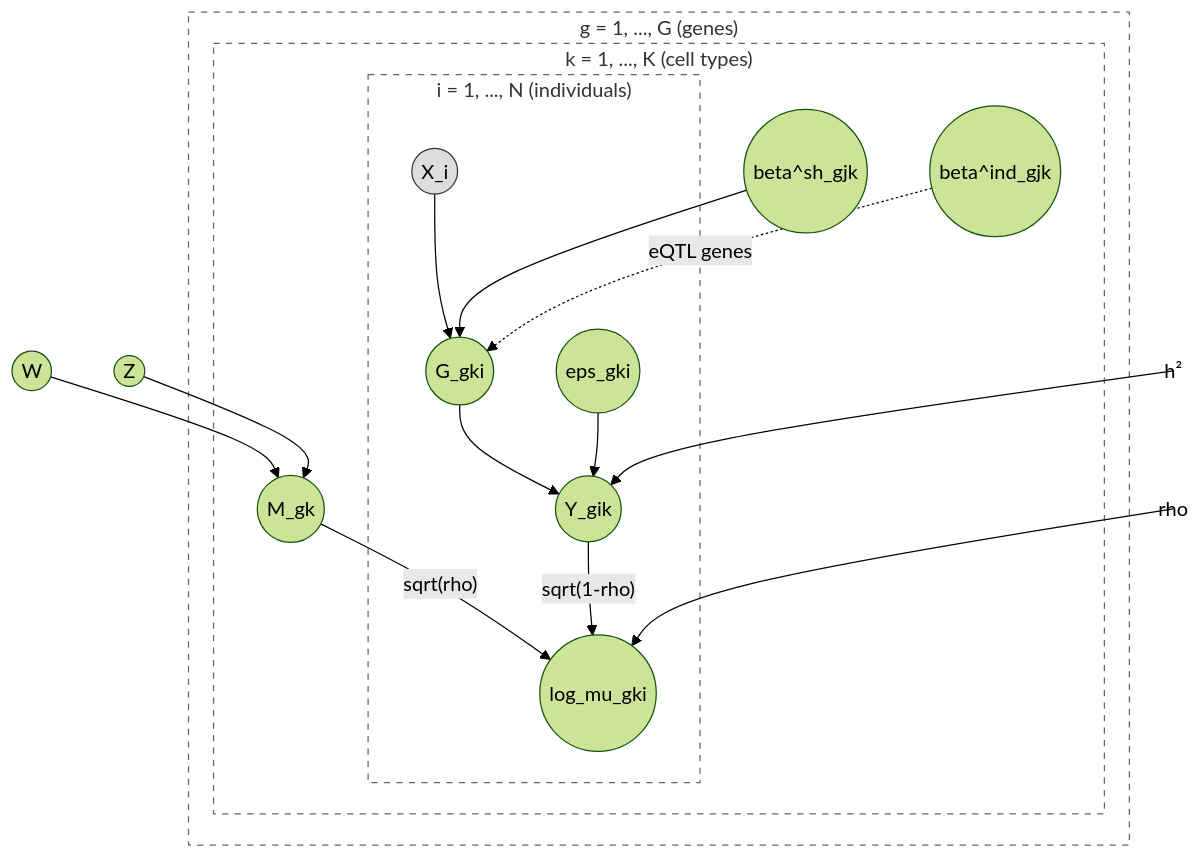
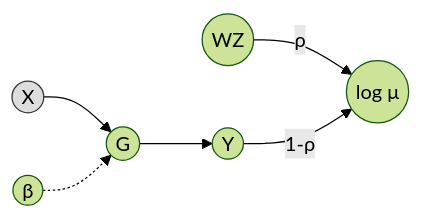
The first of 3 diagrams in fagioli/README.md (causalpathlab/legume-rs), drawn with Mermaid (forest theme) before and after one commit. The commit also changed other lines of this file and 1 other file, not shown here.

````diff
--- a/fagioli/README.md
+++ b/fagioli/README.md
@@ -37,38 +47,9 @@
 ```mermaid
-graph TD
-    W(("W")) --> M
-    Z_f(("Z")) --> M
-    h2(["h²"]):::hyper
-    rho(["rho"]):::hyper
-    classDef hyper fill:none,stroke:none
-
-    subgraph plate_g ["g = 1, ..., G (genes)"]
-        subgraph plate_k ["k = 1, ..., K (cell types)"]
-            M(("M_gk"))
-            beta_s(("beta^sh_gjk"))
-            beta_i(("beta^ind_gjk"))
-            subgraph plate_i ["i = 1, ..., N (individuals)"]
-                X(("X_i"))
-                G(("G_gki"))
-                eps(("eps_gki"))
-                Y(("Y_gik"))
-                log_mu(("log_mu_gki"))
-            end
-        end
-    end
-
-    M -->|"sqrt(rho)"| log_mu
-    X --> G
-    beta_s --> G
-    beta_i -.->|"eQTL genes"| G
-    G --> Y
-    eps --> Y
-    h2 --> Y
-    Y -->|"sqrt(1-rho)"| log_mu
-    rho --> log_mu
-
+graph LR
+    X(("X")) --> G(("G"))
+    beta(("β")) -.-> G
+    G --> Y(("Y"))
+    M(("WZ")) -->|"ρ"| log_mu(("log μ"))
+    Y -->|"1-ρ"| log_mu
     style X fill:#ddd,stroke:#333
-    style plate_g fill:none,stroke:#666,stroke-dasharray:5 5
-    style plate_k fill:none,stroke:#666,stroke-dasharray:5 5
-    style plate_i fill:none,stroke:#666,stroke-dasharray:5 5
 ```
````
